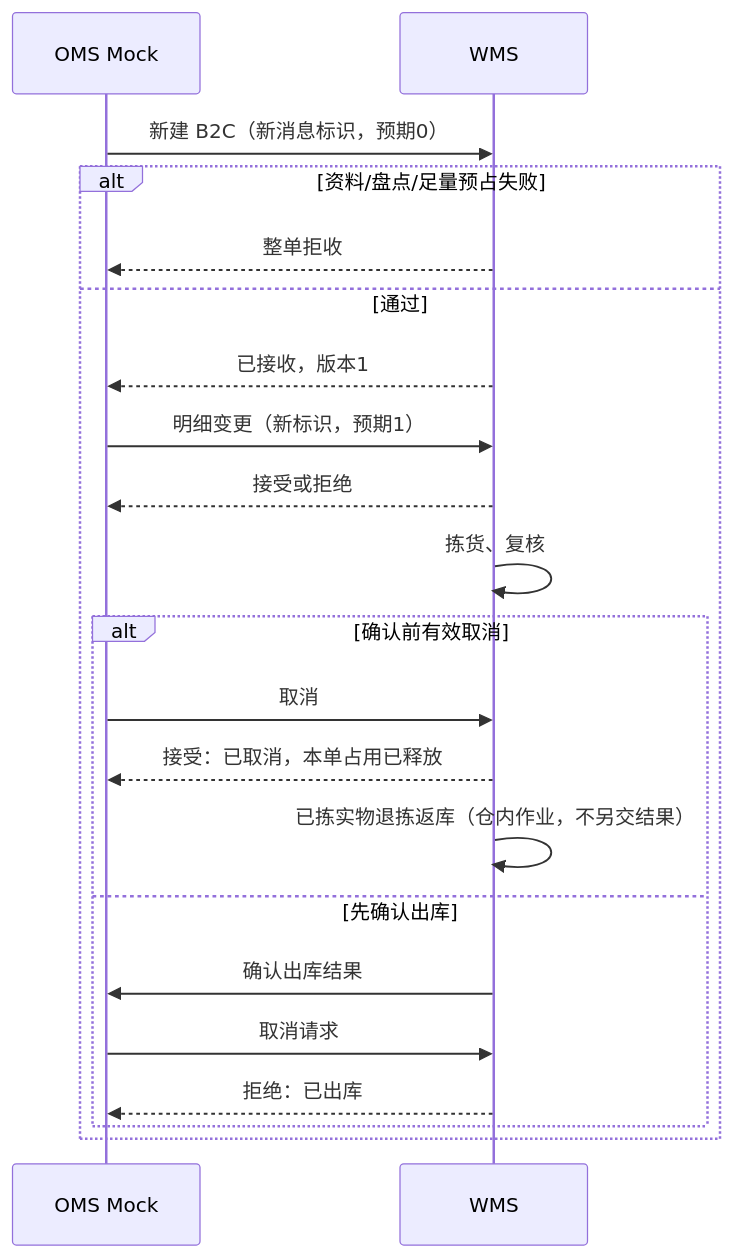
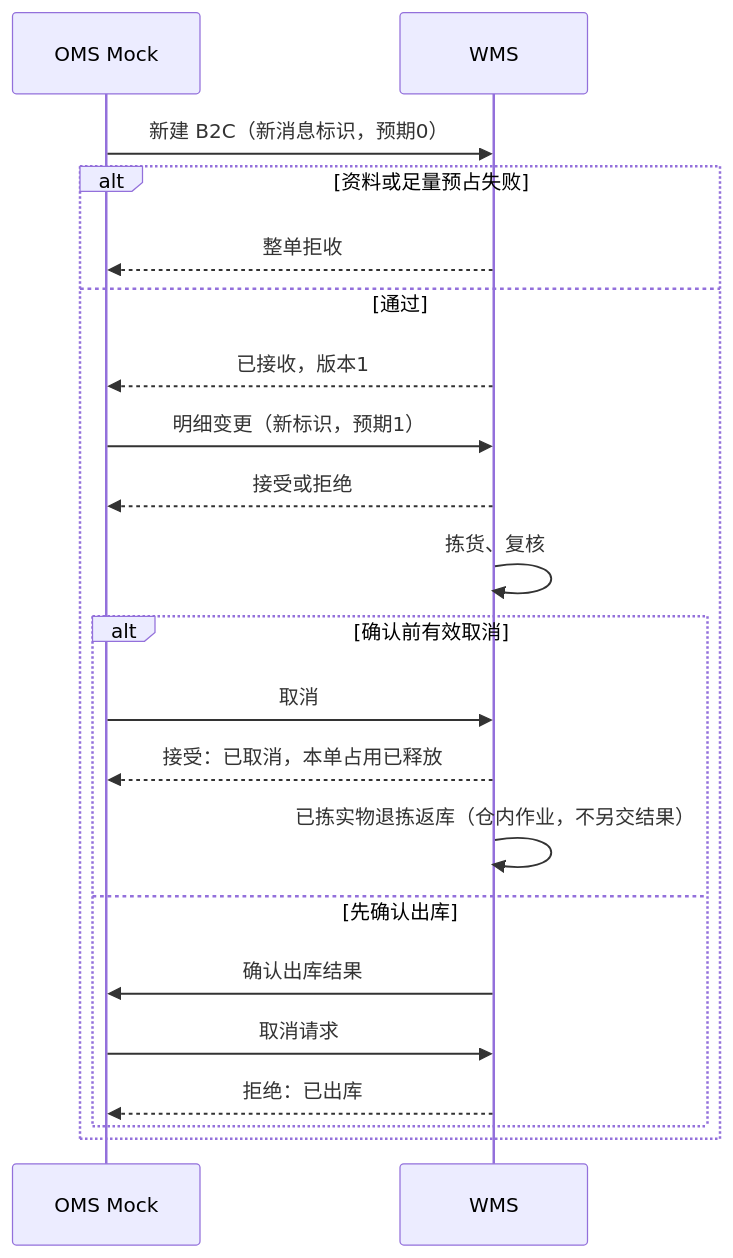
The third of 3 diagrams in 05-应用设计方案/20261002-MVP版本/系统架构设计/06-接口与OMS Mock消息设计.md (TopVitamin/QS-WMS-Project), drawn with Mermaid before and after one commit. The commit also changed other lines of this file and 139 other files, not shown here.

````diff
--- a/05-应用设计方案/20261002-MVP版本/系统架构设计/06-接口与OMS Mock消息设计.md
+++ b/05-应用设计方案/20261002-MVP版本/系统架构设计/06-接口与OMS Mock消息设计.md
@@ -150,23 +151,23 @@
 ```mermaid
 sequenceDiagram
     participant M as OMS Mock
     participant W as WMS
     M->>W: 新建 B2C（新消息标识，预期0）
-    alt 资料/盘点/足量预占失败
+    alt 资料或足量预占失败
         W-->>M: 整单拒收
     else 通过
         W-->>M: 已接收，版本1
         M->>W: 明细变更（新标识，预期1）
         W-->>M: 接受或拒绝
         W->>W: 拣货、复核
         alt 确认前有效取消
             M->>W: 取消
             W-->>M: 接受：已取消，本单占用已释放
             W->>W: 已拣实物退拣返库（仓内作业，不另交结果）
         else 先确认出库
             W->>M: 确认出库结果
             M->>W: 取消请求
             W-->>M: 拒绝：已出库
         end
     end
 ```
````
